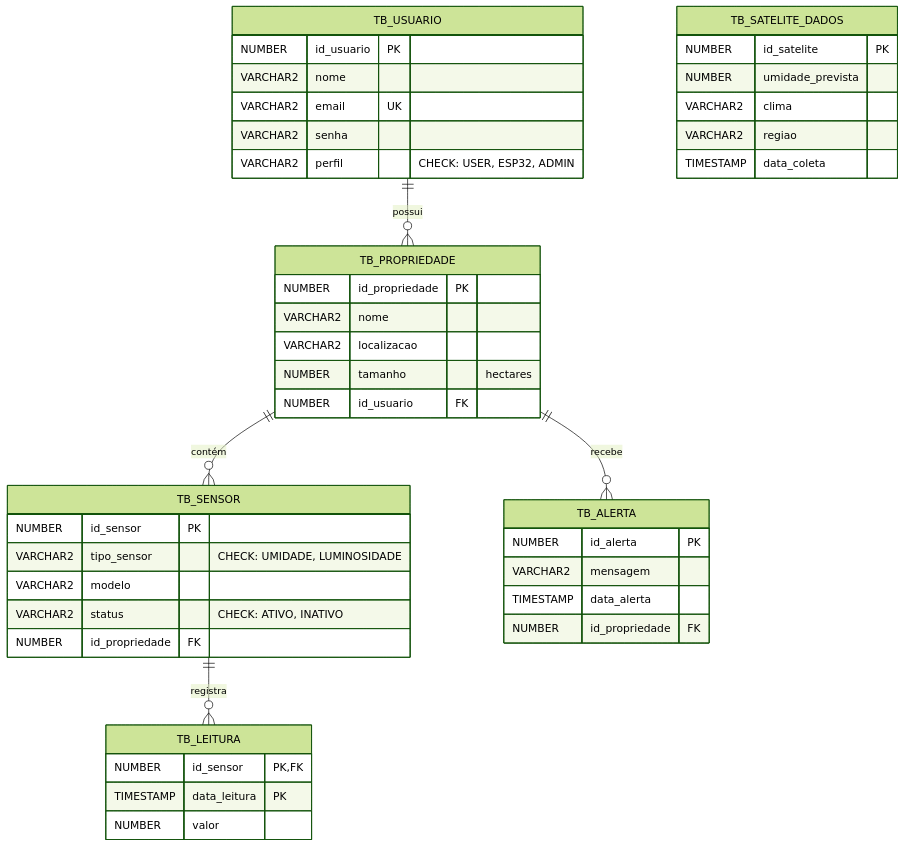
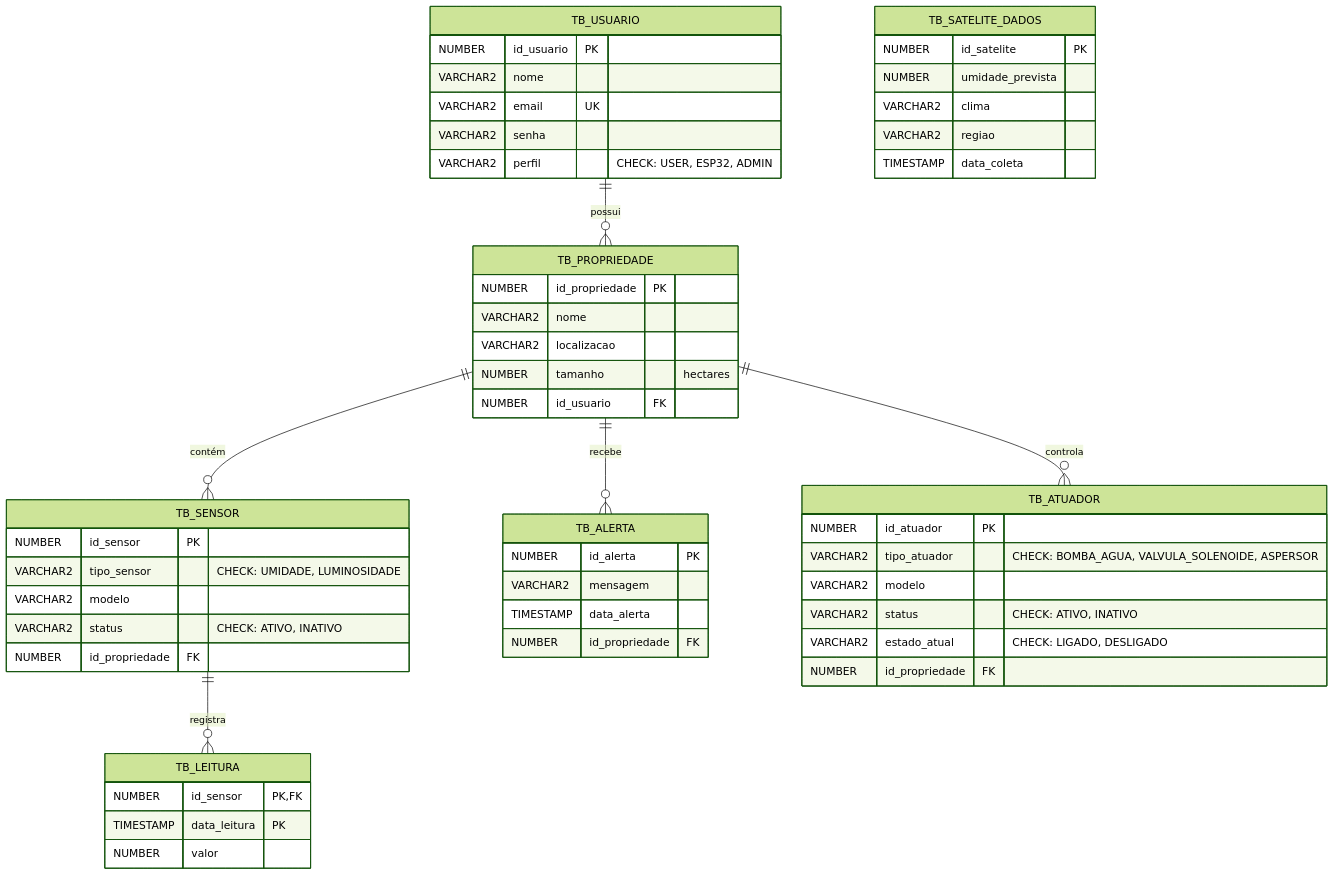
Before and after one commit to Gabriel-Maciel06/GSJava: the second of 3 diagrams in README.md, drawn with Mermaid (forest theme). The commit also changed other lines of this file, not shown here.

Commit message:
docs: atualizar diagrama ER com TB_ATUADOR no README

````diff
--- a/README.md
+++ b/README.md
@@ -221,52 +232,62 @@
 ```mermaid
 erDiagram
     TB_USUARIO {
         NUMBER id_usuario PK
         VARCHAR2 nome
         VARCHAR2 email UK
         VARCHAR2 senha
         VARCHAR2 perfil "CHECK: USER, ESP32, ADMIN"
     }
 
     TB_PROPRIEDADE {
         NUMBER id_propriedade PK
         VARCHAR2 nome
         VARCHAR2 localizacao
         NUMBER tamanho "hectares"
         NUMBER id_usuario FK
     }
 
     TB_SENSOR {
         NUMBER id_sensor PK
         VARCHAR2 tipo_sensor "CHECK: UMIDADE, LUMINOSIDADE"
         VARCHAR2 modelo
         VARCHAR2 status "CHECK: ATIVO, INATIVO"
         NUMBER id_propriedade FK
     }
 
     TB_LEITURA {
         NUMBER id_sensor PK,FK
         TIMESTAMP data_leitura PK
         NUMBER valor
     }
 
     TB_ALERTA {
         NUMBER id_alerta PK
         VARCHAR2 mensagem
         TIMESTAMP data_alerta
         NUMBER id_propriedade FK
     }
 
     TB_SATELITE_DADOS {
         NUMBER id_satelite PK
         NUMBER umidade_prevista
         VARCHAR2 clima
         VARCHAR2 regiao
         TIMESTAMP data_coleta
     }
 
+    TB_ATUADOR {
+        NUMBER id_atuador PK
+        VARCHAR2 tipo_atuador "CHECK: BOMBA_AGUA, VALVULA_SOLENOIDE, ASPERSOR"
+        VARCHAR2 modelo
+        VARCHAR2 status "CHECK: ATIVO, INATIVO"
+        VARCHAR2 estado_atual "CHECK: LIGADO, DESLIGADO"
+        NUMBER id_propriedade FK
+    }
+
     TB_USUARIO ||--o{ TB_PROPRIEDADE : "possui"
     TB_PROPRIEDADE ||--o{ TB_SENSOR : "contém"
+    TB_PROPRIEDADE ||--o{ TB_ATUADOR : "controla"
     TB_PROPRIEDADE ||--o{ TB_ALERTA : "recebe"
     TB_SENSOR ||--o{ TB_LEITURA : "registra"
 ```
````
